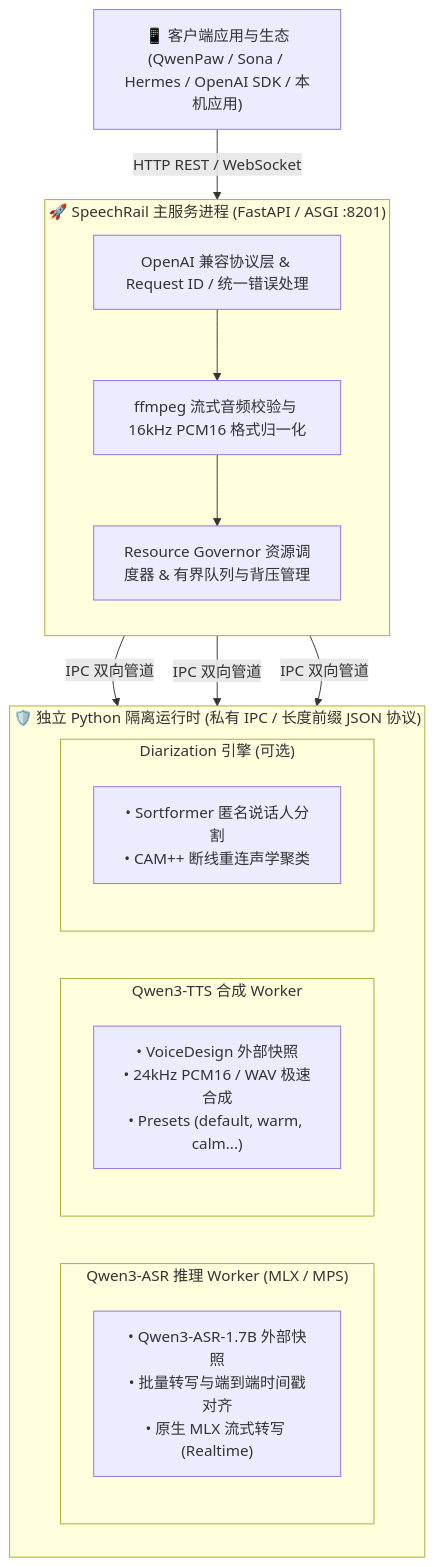
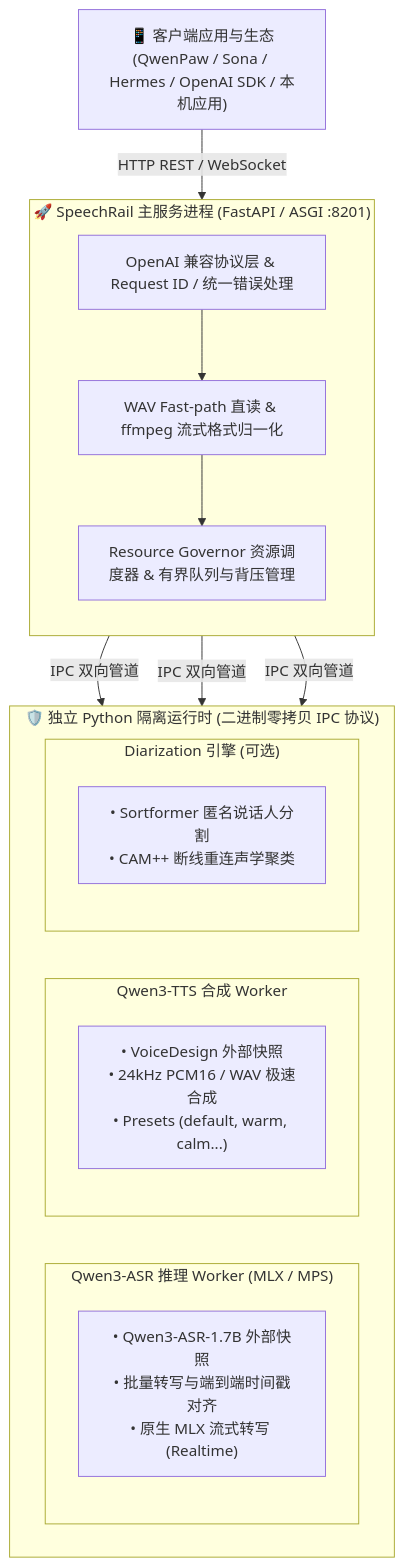
The diagram in README.md (hrygo/SpeechRail), drawn with Mermaid before and after one commit. The commit also changed other lines of this file and 19 other files, not shown here.

First line of the commit message:
perf: implement zero-copy binary IPC, WAV fast-path decoding & dynamic token budgeting

````diff
--- a/README.md
+++ b/README.md
@@ -49,30 +49,30 @@
 ```mermaid
 flowchart TD
     Client["📱 客户端应用与生态<br/>(QwenPaw / Sona / Hermes / OpenAI SDK / 本机应用)"]
 
     subgraph Host ["🚀 SpeechRail 主服务进程 (FastAPI / ASGI :8201)"]
         direction TB
         API["OpenAI 兼容协议层 & Request ID / 统一错误处理"]
-        FFMPEG["ffmpeg 流式音频校验与 16kHz PCM16 格式归一化"]
+        FFMPEG["WAV Fast-path 直读 & ffmpeg 流式格式归一化"]
         Gov["Resource Governor 资源调度器 & 有界队列与背压管理"]
         API --> FFMPEG --> Gov
     end
 
-    subgraph Workers ["🛡️ 独立 Python 隔离运行时 (私有 IPC / 长度前缀 JSON 协议)"]
+    subgraph Workers ["🛡️ 独立 Python 隔离运行时 (二进制零拷贝 IPC 协议)"]
         direction LR
         subgraph ASR_Box ["Qwen3-ASR 推理 Worker (MLX / MPS)"]
             ASR["• Qwen3-ASR-1.7B 外部快照<br/>• 批量转写与端到端时间戳对齐<br/>• 原生 MLX 流式转写 (Realtime)"]
         end
         subgraph TTS_Box ["Qwen3-TTS 合成 Worker"]
             TTS["• VoiceDesign 外部快照<br/>• 24kHz PCM16 / WAV 极速合成<br/>• Presets (default, warm, calm...)"]
         end
         subgraph Diar_Box ["Diarization 引擎 (可选)"]
             Diar["• Sortformer 匿名说话人分割<br/>• CAM++ 断线重连声学聚类"]
         end
     end
 
     Client -->|"HTTP REST / WebSocket"| Host
     Gov -->|"IPC 双向管道"| ASR_Box
     Gov -->|"IPC 双向管道"| TTS_Box
     Gov -->|"IPC 双向管道"| Diar_Box
 ```
````
